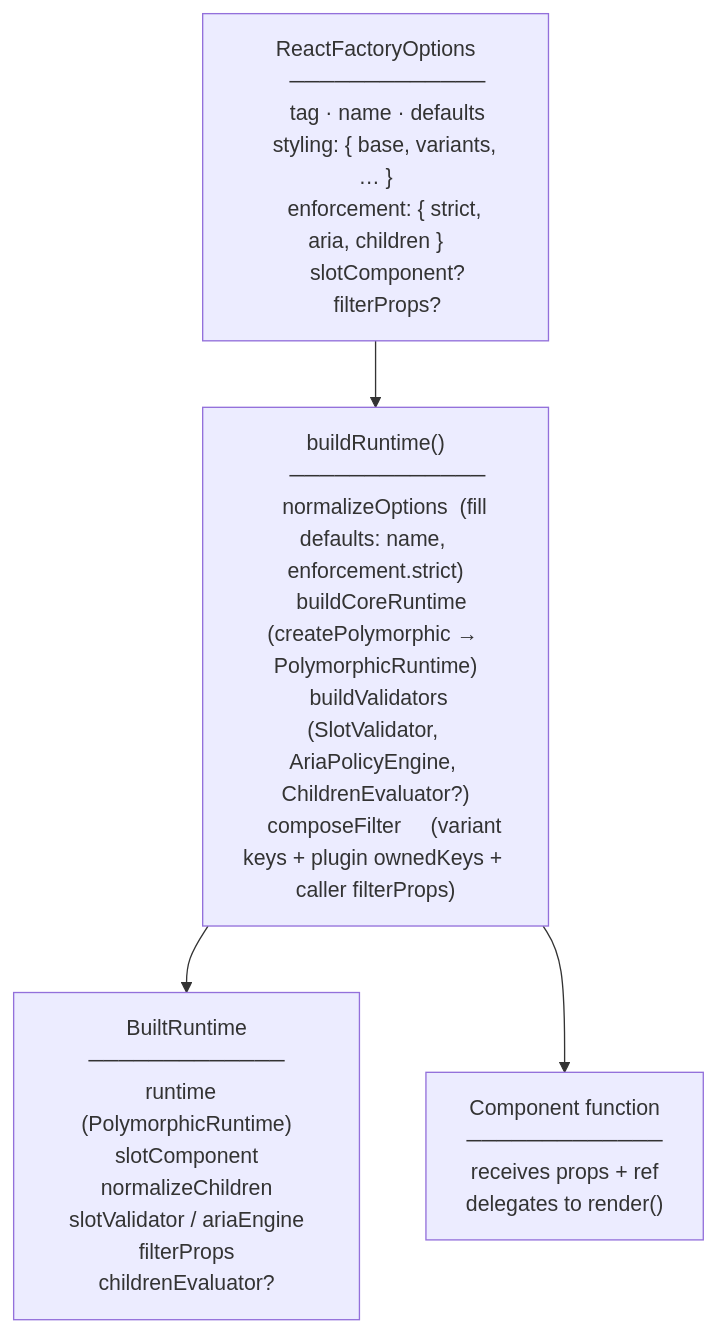
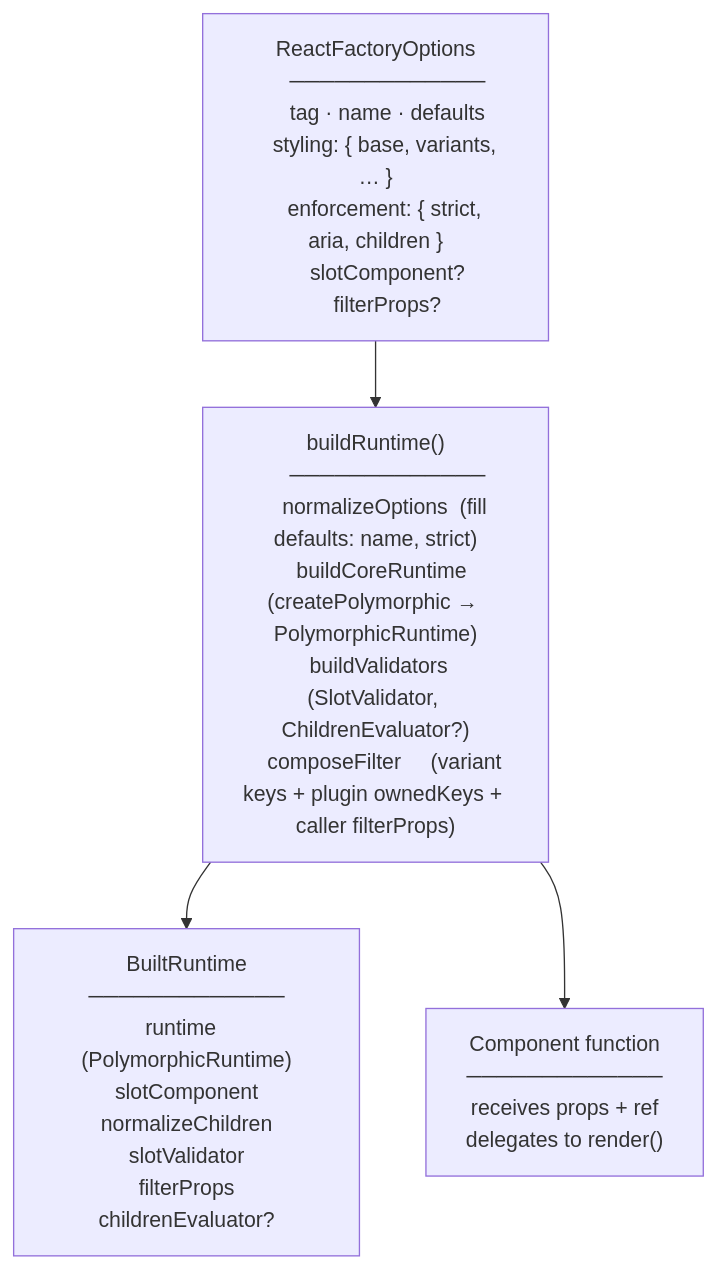
The eighth of 10 diagrams in ARCHITECTURE.md (slowebworkz/praxis-kit), drawn with Mermaid before and after one commit. The commit also changed other lines of this file and 158 other files, not shown here.

Commit message:
feat(architecture): capability-driven factory — lib/ modules, adapter-utils, ARIA engine gating

````diff
--- a/ARCHITECTURE.md
+++ b/ARCHITECTURE.md
@@ -446,34 +489,34 @@
 ```mermaid
 flowchart TD
     options["ReactFactoryOptions
     ─────────────
     tag · name · defaults
     styling: { base, variants, … }
     enforcement: { strict, aria, children }
     slotComponent?
     filterProps?"]
 
     buildRuntime["buildRuntime()
     ─────────────
-    normalizeOptions  (fill defaults: name, enforcement.strict)
+    normalizeOptions  (fill defaults: name, strict)
     buildCoreRuntime  (createPolymorphic → PolymorphicRuntime)
-    buildValidators   (SlotValidator, AriaPolicyEngine, ChildrenEvaluator?)
+    buildValidators   (SlotValidator, ChildrenEvaluator?)
     composeFilter     (variant keys + plugin ownedKeys + caller filterProps)"]
 
     bundle["BuiltRuntime
 ─────────────
 runtime  (PolymorphicRuntime)
 slotComponent
 normalizeChildren
-slotValidator / ariaEngine
+slotValidator
 filterProps
 childrenEvaluator?"]
 
     component["Component function
 ─────────────
 receives props + ref
 delegates to render()"]
 
     options --> buildRuntime --> bundle
     buildRuntime --> component
 ```
````
